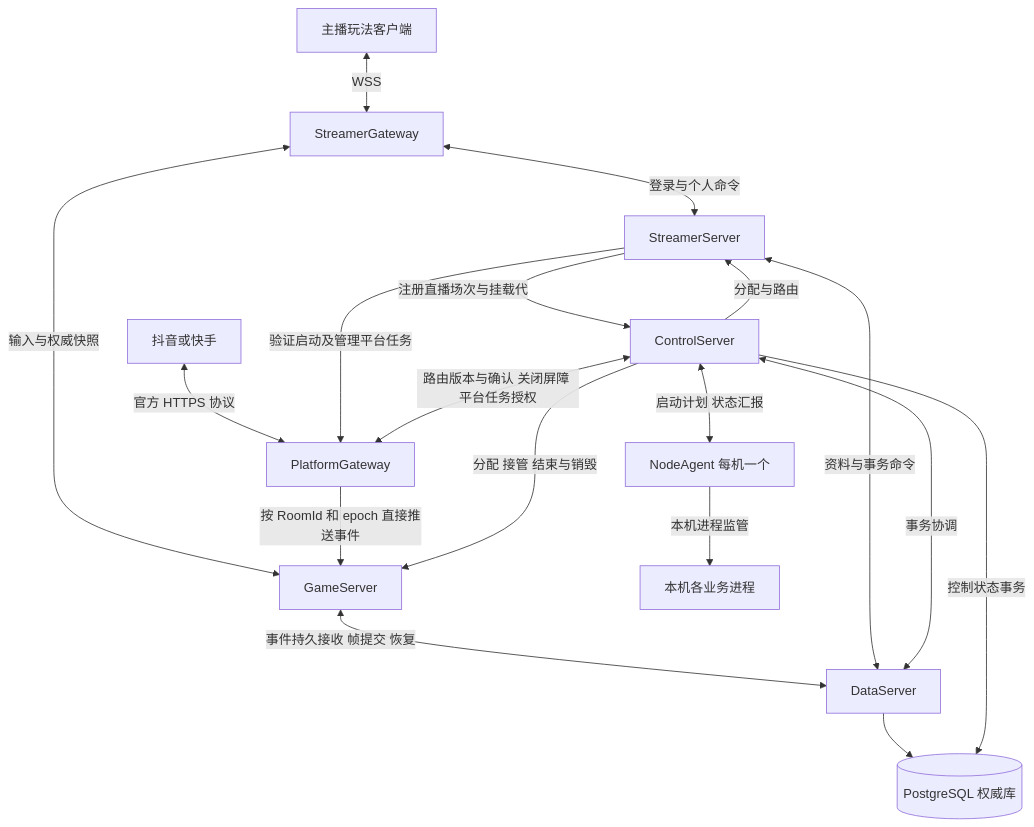
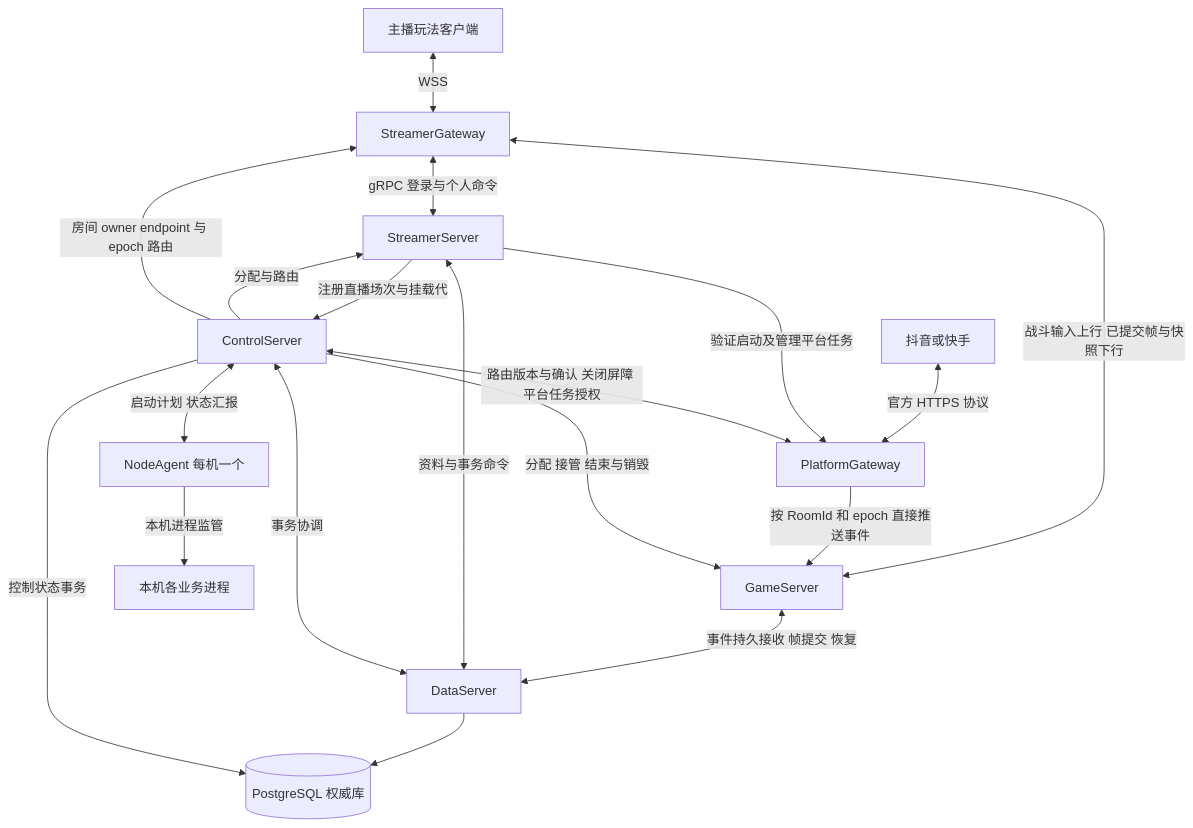
The second of 2 diagrams in docs/architecture/architecture.md (cuihairu/chorus), drawn with Mermaid before and after one commit. The commit also changed 9 other files, not shown here.

Commit message:
docs: fix StreamerGateway to GameServer architecture links

````diff
--- a/docs/architecture/architecture.md
+++ b/docs/architecture/architecture.md
@@ -127,20 +127,21 @@
 ```mermaid
 flowchart TB
     Client[主播玩法客户端] <-->|WSS| SG[StreamerGateway]
     Platform[抖音或快手] <-->|官方 HTTPS 协议| PG[PlatformGateway]
-    SG <-->|登录与个人命令| SS[StreamerServer]
-    SG <-->|输入与权威快照| GS[GameServer]
+    SG <-->|gRPC 登录与个人命令| SS[StreamerServer]
+    SG <-->|战斗输入上行 已提交帧与快照下行| GS[GameServer]
     SS -->|验证启动及管理平台任务| PG
     PG -->|按 RoomId 和 epoch 直接推送事件| GS
     GS <-->|事件持久接收 帧提交 恢复| DS[DataServer]
     SS <-->|资料与事务命令| DS
     CS[ControlServer] <-->|事务协调| DS
     CS -->|分配与路由| SS
+    CS -->|房间 owner endpoint 与 epoch 路由| SG
     SS -->|注册直播场次与挂载代| CS
     CS <-->|路由版本与确认 关闭屏障 平台任务授权| PG
     CS -->|分配 接管 结束与销毁| GS
     CS <-->|启动计划 状态汇报| NA[NodeAgent 每机一个]
     NA -->|本机进程监管| Roles[本机各业务进程]
     DS --> DB[(PostgreSQL 权威库)]
     CS -->|控制状态事务| DB
 ```
````
